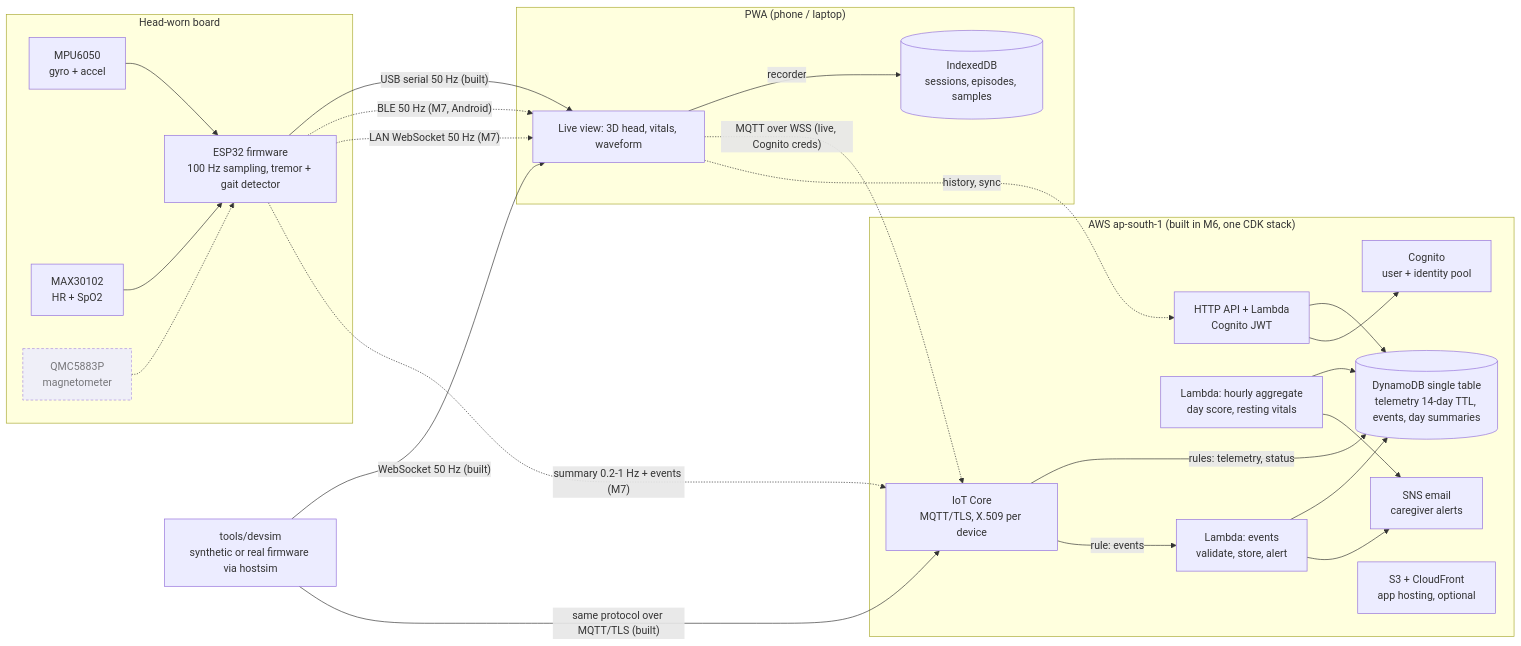
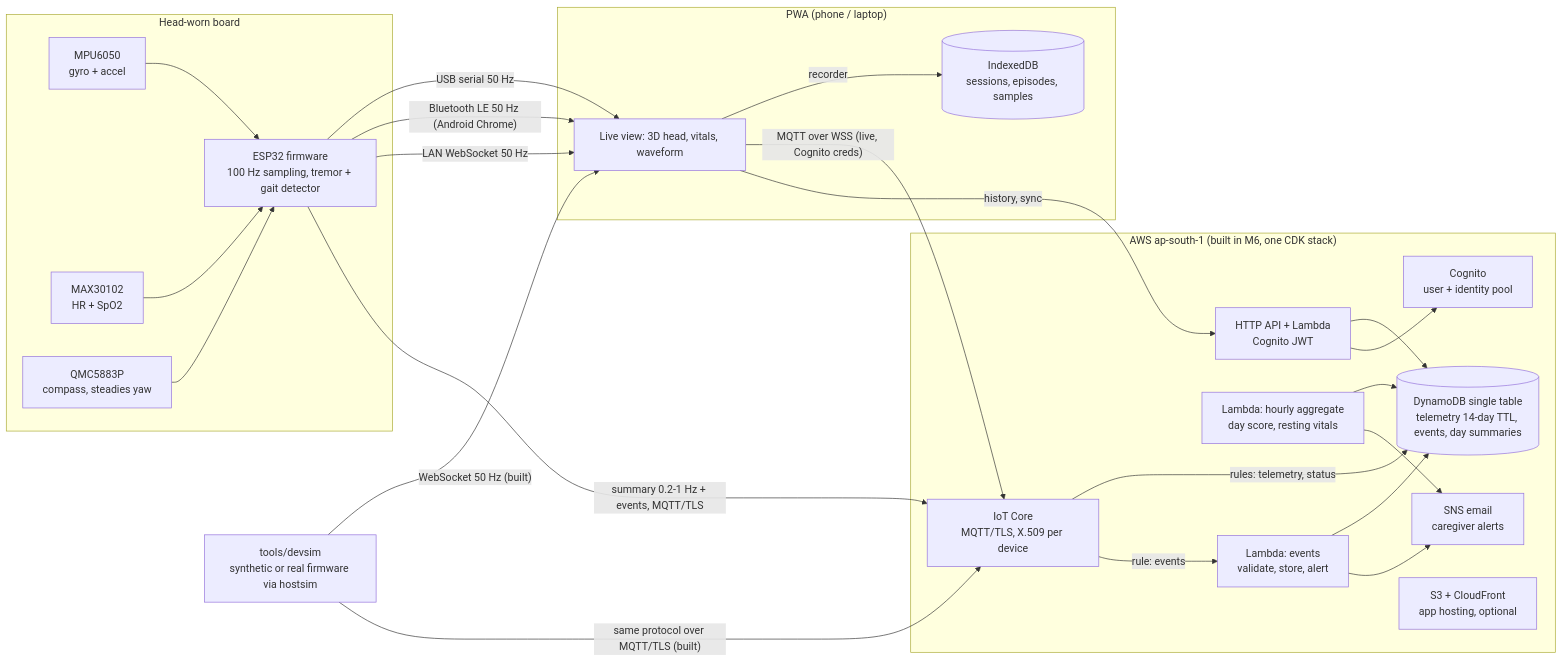
Before and after one commit to ar3misByte/tremtrack: the diagram in docs/ARCHITECTURE.md, drawn with Mermaid. The commit also changed other lines of this file and 76 other files, not shown here.

````diff
--- a/docs/ARCHITECTURE.md
+++ b/docs/ARCHITECTURE.md
@@ -5,45 +5,45 @@
 ```mermaid
 flowchart LR
   subgraph Head["Head-worn board"]
     MPU[MPU6050<br/>gyro + accel] --> FW
     PPG[MAX30102<br/>HR + SpO2] --> FW
-    MAG[QMC5883P<br/>magnetometer]:::planned -.-> FW
+    MAG[QMC5883P<br/>compass, steadies yaw] --> FW
     FW[ESP32 firmware<br/>100 Hz sampling, tremor + gait detector]
   end
 
-  FW -- "USB serial 50 Hz (built)" --> APP
-  FW -. "BLE 50 Hz (M7, Android)" .-> APP
-  FW -. "LAN WebSocket 50 Hz (M7)" .-> APP
+  FW -- "USB serial 50 Hz" --> APP
+  FW -- "Bluetooth LE 50 Hz (Android Chrome)" --> APP
+  FW -- "LAN WebSocket 50 Hz" --> APP
   SIM[tools/devsim<br/>synthetic or real firmware via hostsim] -- "WebSocket 50 Hz (built)" --> APP
 
   subgraph Browser["PWA (phone / laptop)"]
     APP[Live view: 3D head, vitals, waveform]
     IDB[(IndexedDB<br/>sessions, episodes, samples)]
     APP -- recorder --> IDB
   end
 
   subgraph AWS["AWS ap-south-1 (built in M6, one CDK stack)"]
     IOT[IoT Core<br/>MQTT/TLS, X.509 per device]
     DDB[(DynamoDB single table<br/>telemetry 14-day TTL, events, day summaries)]
     L1[Lambda: events<br/>validate, store, alert]
     L2[Lambda: hourly aggregate<br/>day score, resting vitals]
     API[HTTP API + Lambda<br/>Cognito JWT]
     COG[Cognito<br/>user + identity pool]
     SNS[SNS email<br/>caregiver alerts]
     S3[S3 + CloudFront<br/>app hosting, optional]
   end
 
-  FW -. "summary 0.2-1 Hz + events (M7)" .-> IOT
+  FW -- "summary 0.2-1 Hz + events, MQTT/TLS" --> IOT
   SIM -- "same protocol over MQTT/TLS (built)" --> IOT
   IOT -- "rules: telemetry, status" --> DDB
   IOT -- "rule: events" --> L1
   L1 --> DDB
   L1 --> SNS
   L2 --> DDB
   L2 --> SNS
-  APP -. "MQTT over WSS (live, Cognito creds)" .-> IOT
-  APP -. "history, sync" .-> API
+  APP -- "MQTT over WSS (live, Cognito creds)" --> IOT
+  APP -- "history, sync" --> API
   API --> DDB
   API --> COG
   classDef planned stroke-dasharray: 4 3,opacity:0.8
 ```
````
